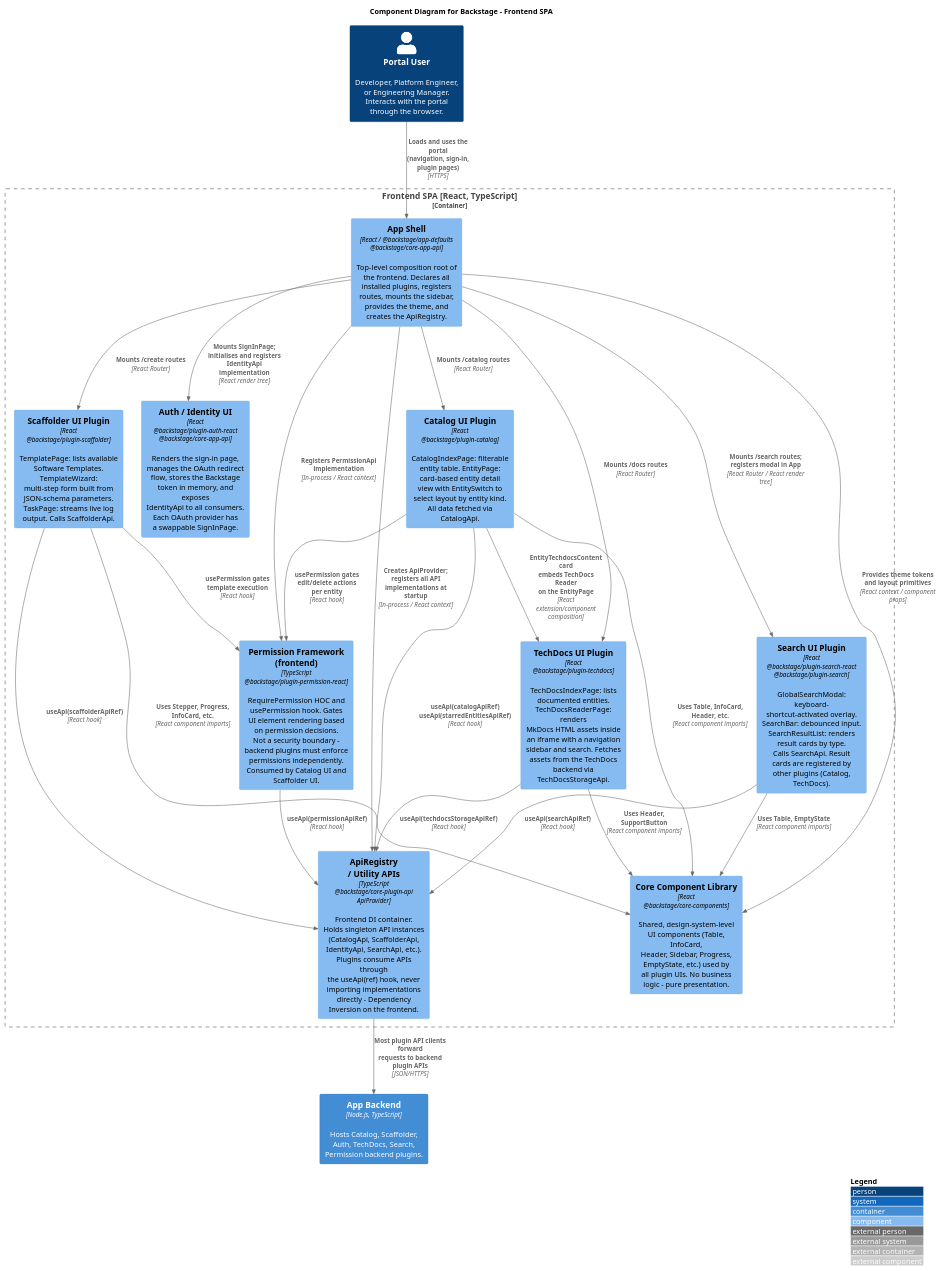
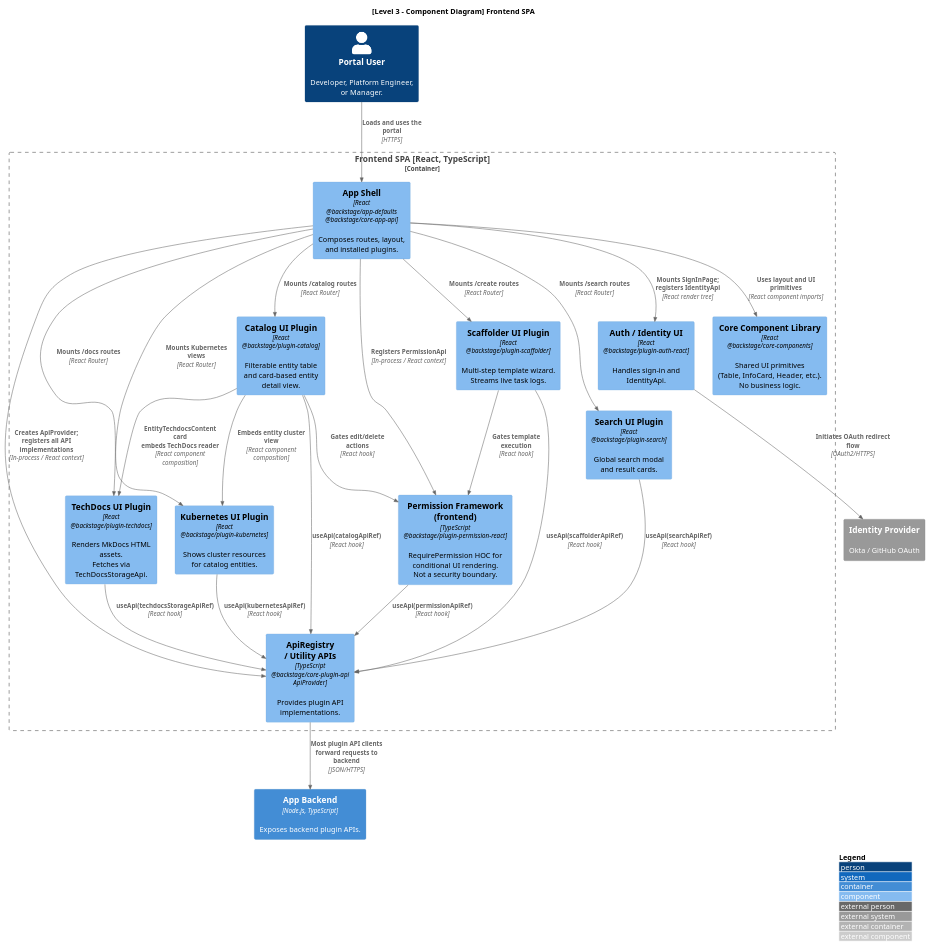
Before and after one commit to Group06-SwDA/Project: the diagram in notes/architecture/diagrams/component-diagram-frontend.puml, drawn with PlantUML. The commit also changed 12 other files, not shown here.

Commit message:
feat: updated diagrams

```diff
--- a/notes/architecture/diagrams/component-diagram-frontend.puml
+++ b/notes/architecture/diagrams/component-diagram-frontend.puml
@@ -1,61 +1,64 @@
 @startuml component-diagram-frontend
 !include <c4/C4_Component.puml>
 
 LAYOUT_WITH_LEGEND()
 
-title Component Diagram for Backstage - Frontend SPA
+title [Level 3 - Component Diagram] Frontend SPA
 
-Person(user, "Portal User", "Developer, Platform Engineer, or Engineering Manager. Interacts with the portal through the browser.")
+Person(user, "Portal User", "Developer, Platform Engineer, or Manager.")
 
 Container_Boundary(frontend, "Frontend SPA [React, TypeScript]") {
 
-    Component(appShell, "App Shell", "React / @backstage/app-defaults\n@backstage/core-app-api", "Top-level composition root of\nthe frontend. Declares all\ninstalled plugins, registers\nroutes, mounts the sidebar,\nprovides the theme, and\ncreates the ApiRegistry.")
+    Component(appShell, "App Shell", "React\n@backstage/app-defaults\n@backstage/core-app-api", "Composes routes, layout,\nand installed plugins.")
 
-    Component(apiRegistry, "ApiRegistry\n/ Utility APIs", "TypeScript\n@backstage/core-plugin-api\nApiProvider", "Frontend DI container.\nHolds singleton API instances\n(CatalogApi, ScaffolderApi,\nIdentityApi, SearchApi, etc.).\nPlugins consume APIs through\nthe useApi(ref) hook, never\nimporting implementations\ndirectly - Dependency\nInversion on the frontend.")
+    Component(apiRegistry, "ApiRegistry\n/ Utility APIs", "TypeScript\n@backstage/core-plugin-api\nApiProvider", "Provides plugin API\nimplementations.")
 
-    Component(identityAuth, "Auth / Identity UI", "React\n@backstage/plugin-auth-react\n@backstage/core-app-api", "Renders the sign-in page,\nmanages the OAuth redirect\nflow, stores the Backstage\ntoken in memory, and exposes\nIdentityApi to all consumers.\nEach OAuth provider has\na swappable SignInPage.")
+    Component(identityAuth, "Auth / Identity UI", "React\n@backstage/plugin-auth-react", "Handles sign-in and\nIdentityApi.")
 
-    Component(catalogUI, "Catalog UI Plugin", "React\n@backstage/plugin-catalog", "CatalogIndexPage: filterable\nentity table. EntityPage:\ncard-based entity detail\nview with EntitySwitch to\nselect layout by entity kind.\nAll data fetched via CatalogApi.")
+    Component(catalogUI, "Catalog UI Plugin", "React\n@backstage/plugin-catalog", "Filterable entity table\nand card-based entity\ndetail view.")
 
-    Component(scaffolderUI, "Scaffolder UI Plugin", "React\n@backstage/plugin-scaffolder", "TemplatePage: lists available\nSoftware Templates. TemplateWizard:\nmulti-step form built from\nJSON-schema parameters.\nTaskPage: streams live log\noutput. Calls ScaffolderApi.")
+    Component(scaffolderUI, "Scaffolder UI Plugin", "React\n@backstage/plugin-scaffolder", "Multi-step template wizard.\nStreams live task logs.")
 
-    Component(techdocsUI, "TechDocs UI Plugin", "React\n@backstage/plugin-techdocs", "TechDocsIndexPage: lists\ndocumented entities.\nTechDocsReaderPage: renders\nMkDocs HTML assets inside\nan iframe with a navigation\nsidebar and search. Fetches\nassets from the TechDocs\nbackend via TechDocsStorageApi.")
+    Component(techdocsUI, "TechDocs UI Plugin", "React\n@backstage/plugin-techdocs", "Renders MkDocs HTML assets.\nFetches via TechDocsStorageApi.")
 
-    Component(searchUI, "Search UI Plugin", "React\n@backstage/plugin-search-react\n@backstage/plugin-search", "GlobalSearchModal: keyboard-\nshortcut-activated overlay.\nSearchBar: debounced input.\nSearchResultList: renders\nresult cards by type.\nCalls SearchApi. Result\ncards are registered by\nother plugins (Catalog, TechDocs).")
+    Component(kubernetesUI, "Kubernetes UI Plugin", "React\n@backstage/plugin-kubernetes", "Shows cluster resources\nfor catalog entities.")
 
-    Component(permissionUI, "Permission Framework\n(frontend)", "TypeScript\n@backstage/plugin-permission-react", "RequirePermission HOC and\nusePermission hook. Gates\nUI element rendering based\non permission decisions.\nNot a security boundary -\nbackend plugins must enforce\npermissions independently.\nConsumed by Catalog UI and\nScaffolder UI.")
+    Component(searchUI, "Search UI Plugin", "React\n@backstage/plugin-search", "Global search modal\nand result cards.")
 
-    Component(coreComponents, "Core Component Library", "React\n@backstage/core-components", "Shared, design-system-level\nUI components (Table, InfoCard,\nHeader, Sidebar, Progress,\nEmptyState, etc.) used by\nall plugin UIs. No business\nlogic - pure presentation.")
+    Component(permissionUI, "Permission Framework\n(frontend)", "TypeScript\n@backstage/plugin-permission-react", "RequirePermission HOC for\nconditional UI rendering.\nNot a security boundary.")
+
+    Component(coreComponents, "Core Component Library", "React\n@backstage/core-components", "Shared UI primitives\n(Table, InfoCard, Header, etc.).\nNo business logic.")
 }
 
-Container(backend, "App Backend", "Node.js, TypeScript", "Hosts Catalog, Scaffolder,\nAuth, TechDocs, Search,\nPermission backend plugins.")
+Container(backend, "App Backend", "Node.js, TypeScript", "Exposes backend plugin APIs.")
+System_Ext(idp, "Identity Provider", "Okta / GitHub OAuth")
 
-Rel(user, appShell, "Loads and uses the portal\n(navigation, sign-in, plugin pages)", "HTTPS")
+Rel(user, appShell, "Loads and uses the portal", "HTTPS")
 
-Rel(appShell, apiRegistry, "Creates ApiProvider;\nregisters all API\nimplementations at startup", "In-process / React context")
-Rel(appShell, identityAuth, "Mounts SignInPage;\ninitialises and registers\nIdentityApi implementation", "React render tree")
+Rel(appShell, apiRegistry, "Creates ApiProvider;\nregisters all API implementations", "In-process / React context")
+Rel(appShell, identityAuth, "Mounts SignInPage;\nregisters IdentityApi", "React render tree")
 Rel(appShell, catalogUI, "Mounts /catalog routes", "React Router")
 Rel(appShell, scaffolderUI, "Mounts /create routes", "React Router")
 Rel(appShell, techdocsUI, "Mounts /docs routes", "React Router")
-Rel(appShell, searchUI, "Mounts /search routes;\nregisters modal in App", "React Router / React render tree")
-Rel(appShell, permissionUI, "Registers PermissionApi\nimplementation", "In-process / React context")
-Rel(appShell, coreComponents, "Provides theme tokens\nand layout primitives", "React context / component props")
+Rel(appShell, kubernetesUI, "Mounts Kubernetes views", "React Router")
+Rel(appShell, searchUI, "Mounts /search routes", "React Router")
+Rel(appShell, permissionUI, "Registers PermissionApi", "In-process / React context")
+Rel(appShell, coreComponents, "Uses layout and UI primitives", "React component imports")
 
-Rel(catalogUI, apiRegistry, "useApi(catalogApiRef)\nuseApi(starredEntitiesApiRef)", "React hook")
+Rel(catalogUI, apiRegistry, "useApi(catalogApiRef)", "React hook")
 Rel(scaffolderUI, apiRegistry, "useApi(scaffolderApiRef)", "React hook")
 Rel(techdocsUI, apiRegistry, "useApi(techdocsStorageApiRef)", "React hook")
+Rel(kubernetesUI, apiRegistry, "useApi(kubernetesApiRef)", "React hook")
 Rel(searchUI, apiRegistry, "useApi(searchApiRef)", "React hook")
 Rel(permissionUI, apiRegistry, "useApi(permissionApiRef)", "React hook")
 
-Rel(catalogUI, coreComponents, "Uses Table, InfoCard,\nHeader, etc.", "React component imports")
-Rel(scaffolderUI, coreComponents, "Uses Stepper, Progress,\nInfoCard, etc.", "React component imports")
-Rel(techdocsUI, coreComponents, "Uses Header, SupportButton", "React component imports")
-Rel(searchUI, coreComponents, "Uses Table, EmptyState", "React component imports")
 
-Rel(catalogUI, techdocsUI, "EntityTechdocsContent card\nembeds TechDocs Reader\non the EntityPage", "React extension/component composition")
-Rel(catalogUI, permissionUI, "usePermission gates\nedit/delete actions\nper entity", "React hook")
-Rel(scaffolderUI, permissionUI, "usePermission gates\ntemplate execution", "React hook")
+Rel(catalogUI, techdocsUI, "EntityTechdocsContent card\nembeds TechDocs reader", "React component composition")
+Rel(catalogUI, kubernetesUI, "Embeds entity cluster view", "React component composition")
+Rel(catalogUI, permissionUI, "Gates edit/delete actions", "React hook")
+Rel(scaffolderUI, permissionUI, "Gates template execution", "React hook")
 
-Rel(apiRegistry, backend, "Most plugin API clients forward\nrequests to backend plugin APIs", "JSON/HTTPS")
+Rel(apiRegistry, backend, "Most plugin API clients\nforward requests to backend", "JSON/HTTPS")
+Rel(identityAuth, idp, "Initiates OAuth redirect flow", "OAuth2/HTTPS")
 
 @enduml
```
